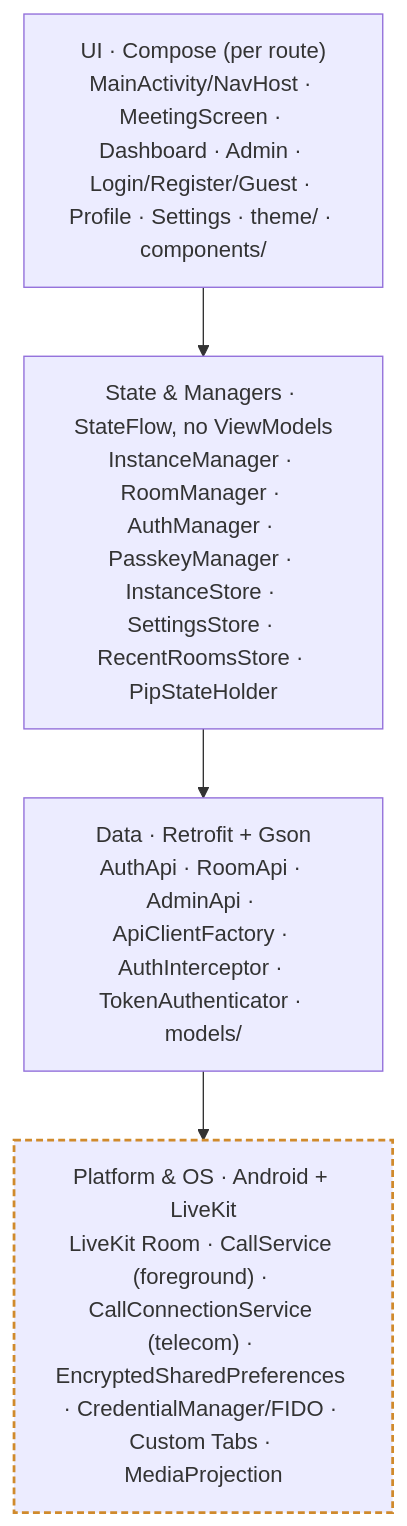
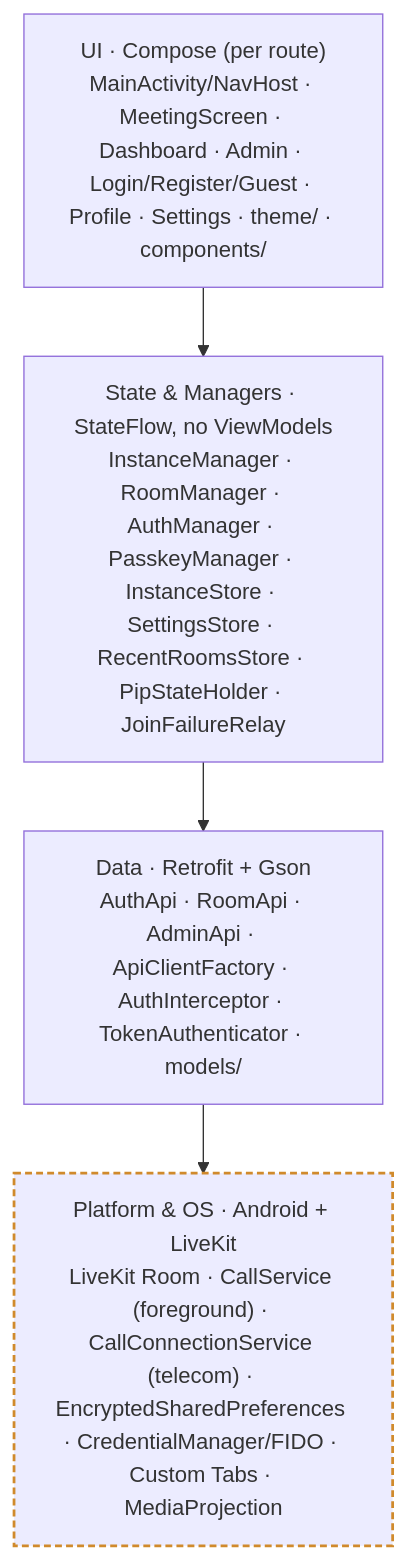
The second of 7 diagrams in ARCHITECTURE.md (themadorg/bedrud-android), drawn with Mermaid before and after one commit. The commit also changed 7 other files, not shown here.

First line of the commit message:
fix(meeting): report a failed room join instead of bouncing back in silence (#152)

````diff
--- a/ARCHITECTURE.md
+++ b/ARCHITECTURE.md
@@ -77,10 +77,10 @@
 ```mermaid
 flowchart TD
     UI["UI · Compose (per route)<br/>MainActivity/NavHost · MeetingScreen · Dashboard · Admin · Login/Register/Guest · Profile · Settings · theme/ · components/"]
-    ST["State & Managers · StateFlow, no ViewModels<br/>InstanceManager · RoomManager · AuthManager · PasskeyManager · InstanceStore · SettingsStore · RecentRoomsStore · PipStateHolder"]
+    ST["State & Managers · StateFlow, no ViewModels<br/>InstanceManager · RoomManager · AuthManager · PasskeyManager · InstanceStore · SettingsStore · RecentRoomsStore · PipStateHolder · JoinFailureRelay"]
     DA["Data · Retrofit + Gson<br/>AuthApi · RoomApi · AdminApi · ApiClientFactory · AuthInterceptor · TokenAuthenticator · models/"]
     PL["Platform & OS · Android + LiveKit<br/>LiveKit Room · CallService (foreground) · CallConnectionService (telecom) · EncryptedSharedPreferences · CredentialManager/FIDO · Custom Tabs · MediaProjection"]
     UI --> ST --> DA --> PL
     classDef plat stroke:#D08A2C,stroke-width:2px,stroke-dasharray:5 3;
     class PL plat
 ```
````
